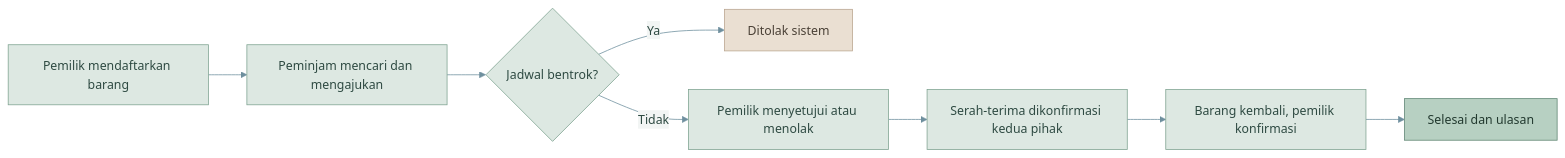
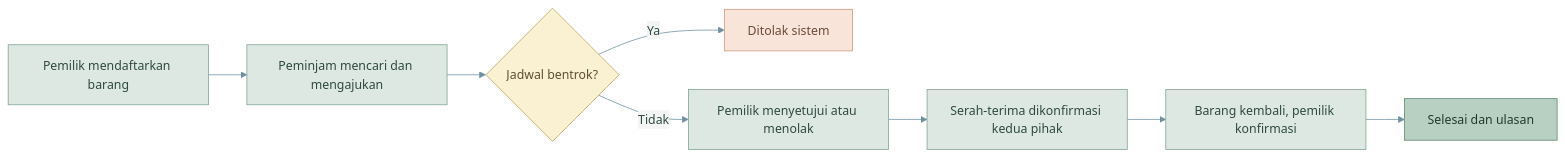
One commit to RPLUNIT042026/RPL-Kelompok-4 changed the first of 2 diagrams in README.md. Above: the diagram before and after it, drawn with Mermaid. The commit also changed other lines of this file, not shown here.

````diff
--- a/README.md
+++ b/README.md
@@ -29,17 +29,19 @@
 ```mermaid
 %%{init: {'theme':'base','themeVariables':{'fontFamily':'Georgia, serif','primaryColor':'#DDE8E2','primaryBorderColor':'#7FA391','primaryTextColor':'#2E4A42','lineColor':'#6E8F9E','secondaryColor':'#DCE7EE','tertiaryColor':'#F2F5F4','edgeLabelBackground':'#F2F5F4'}}}%%
 flowchart LR
     A[Pemilik mendaftarkan barang] --> B[Peminjam mencari dan mengajukan]
     B --> C{Jadwal bentrok?}
     C -- Ya --> X[Ditolak sistem]
     C -- Tidak --> D[Pemilik menyetujui atau menolak]
     D --> E[Serah-terima dikonfirmasi kedua pihak]
     E --> F[Barang kembali, pemilik konfirmasi]
     F --> G[Selesai dan ulasan]
     classDef calm fill:#DDE8E2,stroke:#7FA391,color:#2E4A42;
-    classDef sand fill:#EADFD2,stroke:#B9A58F,color:#4A4036;
+    classDef ask fill:#F9F1D2,stroke:#B8A45A,color:#5C5030;
+    classDef sand fill:#F8E4D9,stroke:#C99A82,color:#6B4A3A;
     classDef done fill:#B7D0C2,stroke:#5F8574,color:#22392F;
-    class A,B,C,D,E,F calm;
+    class A,B,D,E,F calm;
+    class C ask;
     class X sand;
     class G done;
 ```
````
